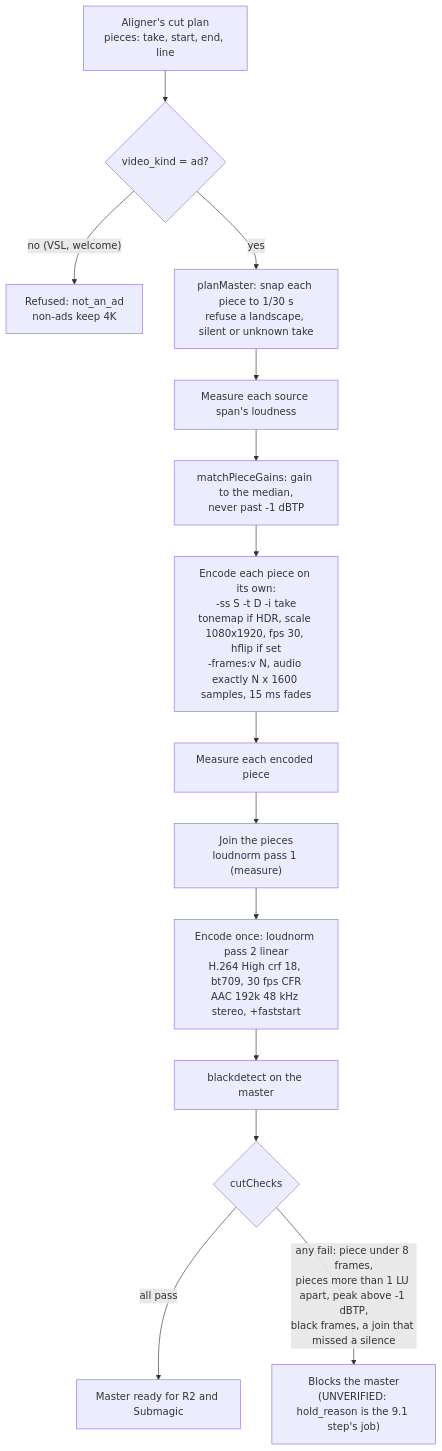
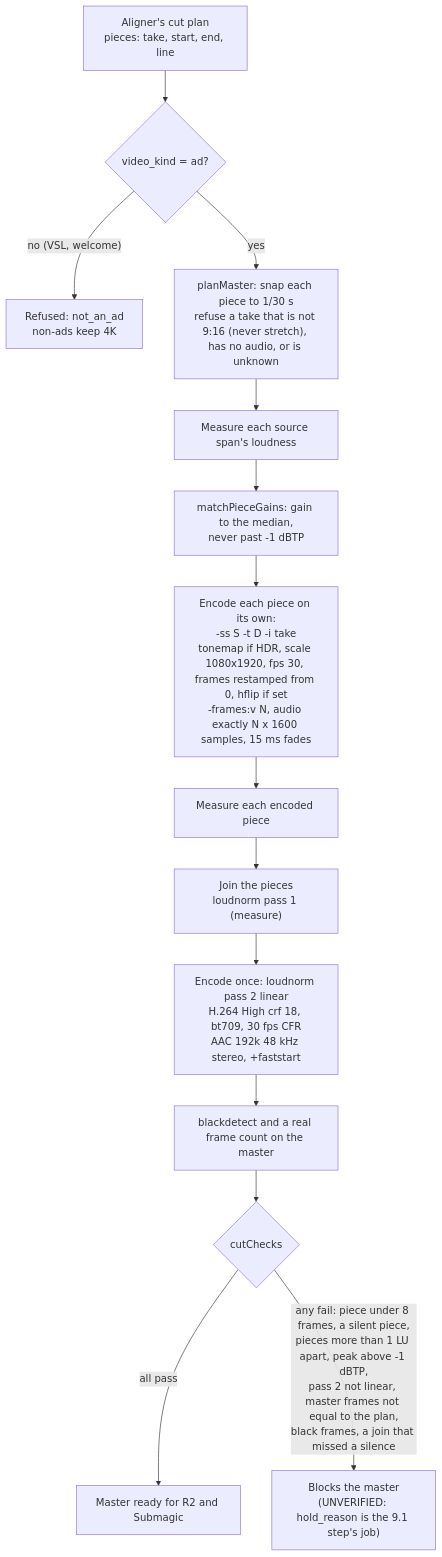
The second of 2 diagrams in docs/journeys/ad-video-flow.md (ZootimusMaximusSupreme/Fundhub_ai), drawn with Mermaid before and after one commit. The commit also changed 3 other files, not shown here.

First line of the commit message:
9.3 review: restamp piece frames, frame-count check, stricter cut checks

````diff
--- a/docs/journeys/ad-video-flow.md
+++ b/docs/journeys/ad-video-flow.md
@@ -292,16 +292,16 @@
 ```mermaid
 flowchart TD
     A["Aligner's cut plan<br/>pieces: take, start, end, line"] --> K{"video_kind = ad?"}
     K -->|"no (VSL, welcome)"| R0["Refused: not_an_ad<br/>non-ads keep 4K"]
-    K -->|yes| P["planMaster: snap each piece to 1/30 s<br/>refuse a landscape, silent or unknown take"]
+    K -->|yes| P["planMaster: snap each piece to 1/30 s<br/>refuse a take that is not 9:16 (never stretch), has no audio, or is unknown"]
     P --> M1["Measure each source span's loudness"]
     M1 --> G["matchPieceGains: gain to the median,<br/>never past -1 dBTP"]
-    G --> E["Encode each piece on its own:<br/>-ss S -t D -i take<br/>tonemap if HDR, scale 1080x1920, fps 30, hflip if set<br/>-frames:v N, audio exactly N x 1600 samples, 15 ms fades"]
+    G --> E["Encode each piece on its own:<br/>-ss S -t D -i take<br/>tonemap if HDR, scale 1080x1920, fps 30, frames restamped from 0, hflip if set<br/>-frames:v N, audio exactly N x 1600 samples, 15 ms fades"]
     E --> M2["Measure each encoded piece"]
     M2 --> J["Join the pieces<br/>loudnorm pass 1 (measure)"]
     J --> F["Encode once: loudnorm pass 2 linear<br/>H.264 High crf 18, bt709, 30 fps CFR<br/>AAC 192k 48 kHz stereo, +faststart"]
-    F --> B["blackdetect on the master"]
+    F --> B["blackdetect and a real frame count on the master"]
     B --> C{"cutChecks"}
     C -->|"all pass"| OK["Master ready for R2 and Submagic"]
-    C -->|"any fail: piece under 8 frames,<br/>pieces more than 1 LU apart, peak above -1 dBTP,<br/>black frames, a join that missed a silence"| H["Blocks the master<br/>(UNVERIFIED: hold_reason is the 9.1 step's job)"]
+    C -->|"any fail: piece under 8 frames, a silent piece,<br/>pieces more than 1 LU apart, peak above -1 dBTP,<br/>pass 2 not linear, master frames not equal to the plan,<br/>black frames, a join that missed a silence"| H["Blocks the master<br/>(UNVERIFIED: hold_reason is the 9.1 step's job)"]
 ```
````
